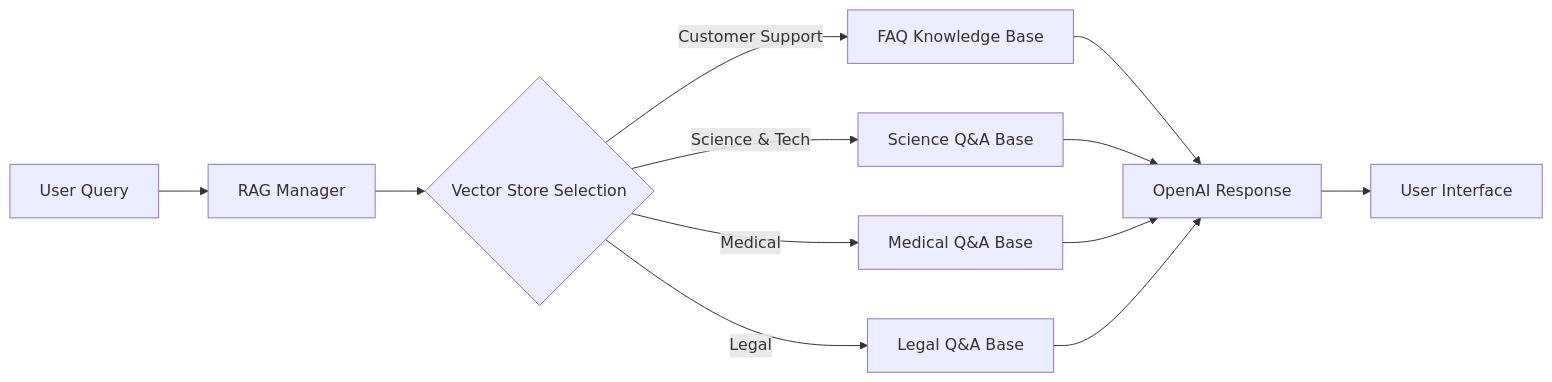
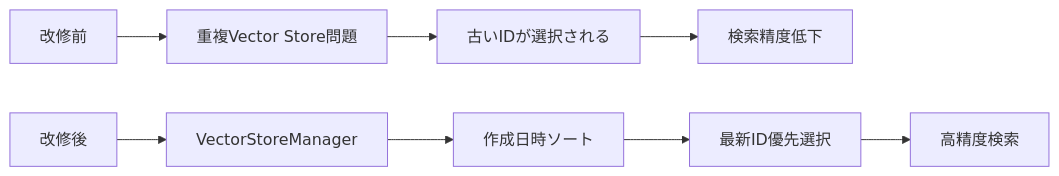
The first of 15 diagrams in doc/a30_30_rag_search.md (nakashima2toshio/openai_rag_app), drawn with Mermaid before and after one commit. The commit also changed other lines of this file, not shown here.

````diff
--- a/doc/a30_30_rag_search.md
+++ b/doc/a30_30_rag_search.md
@@ -38,14 +40,11 @@
 ```mermaid
 graph LR
-    A["User Query"] --> B["RAG Manager"]
-    B --> C{"Vector Store Selection"}
-    C -->|Customer Support| D["FAQ Knowledge Base"]
-    C -->|Science & Tech| E["Science Q&A Base"]
-    C -->|Medical| F["Medical Q&A Base"]
-    C -->|Legal| G["Legal Q&A Base"]
-    D --> H["OpenAI Response"]
-    E --> H
-    F --> H
-    G --> H
-    H --> I["User Interface"]
+    A["改修前"] --> B["重複Vector Store問題"]
+    B --> C["古いIDが選択される"]
+    C --> D["検索精度低下"]
+
+    E["改修後"] --> F["VectorStoreManager"]
+    F --> G["作成日時ソート"]
+    G --> H["最新ID優先選択"]
+    H --> I["高精度検索"]
 ```
````
